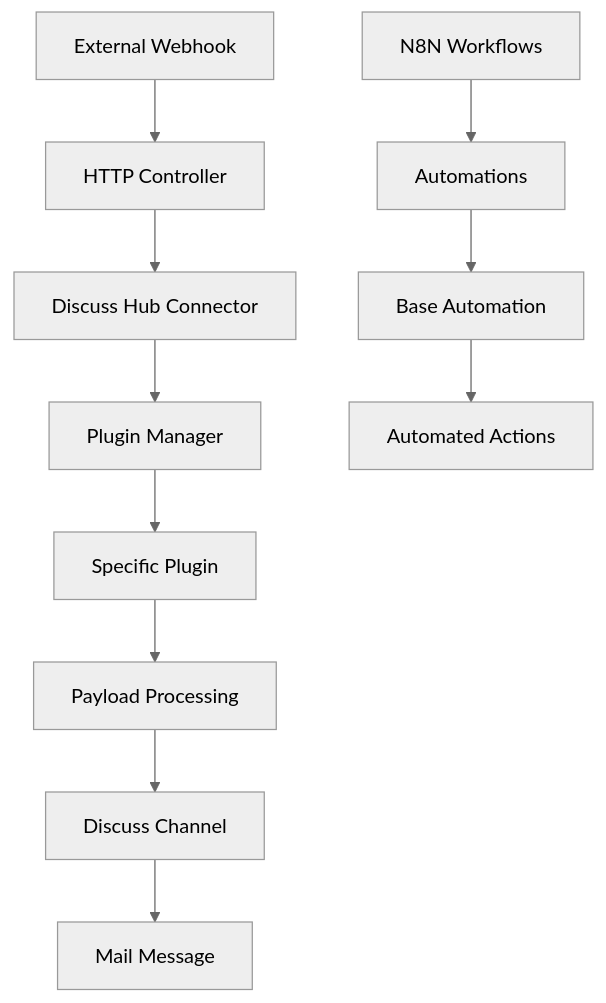
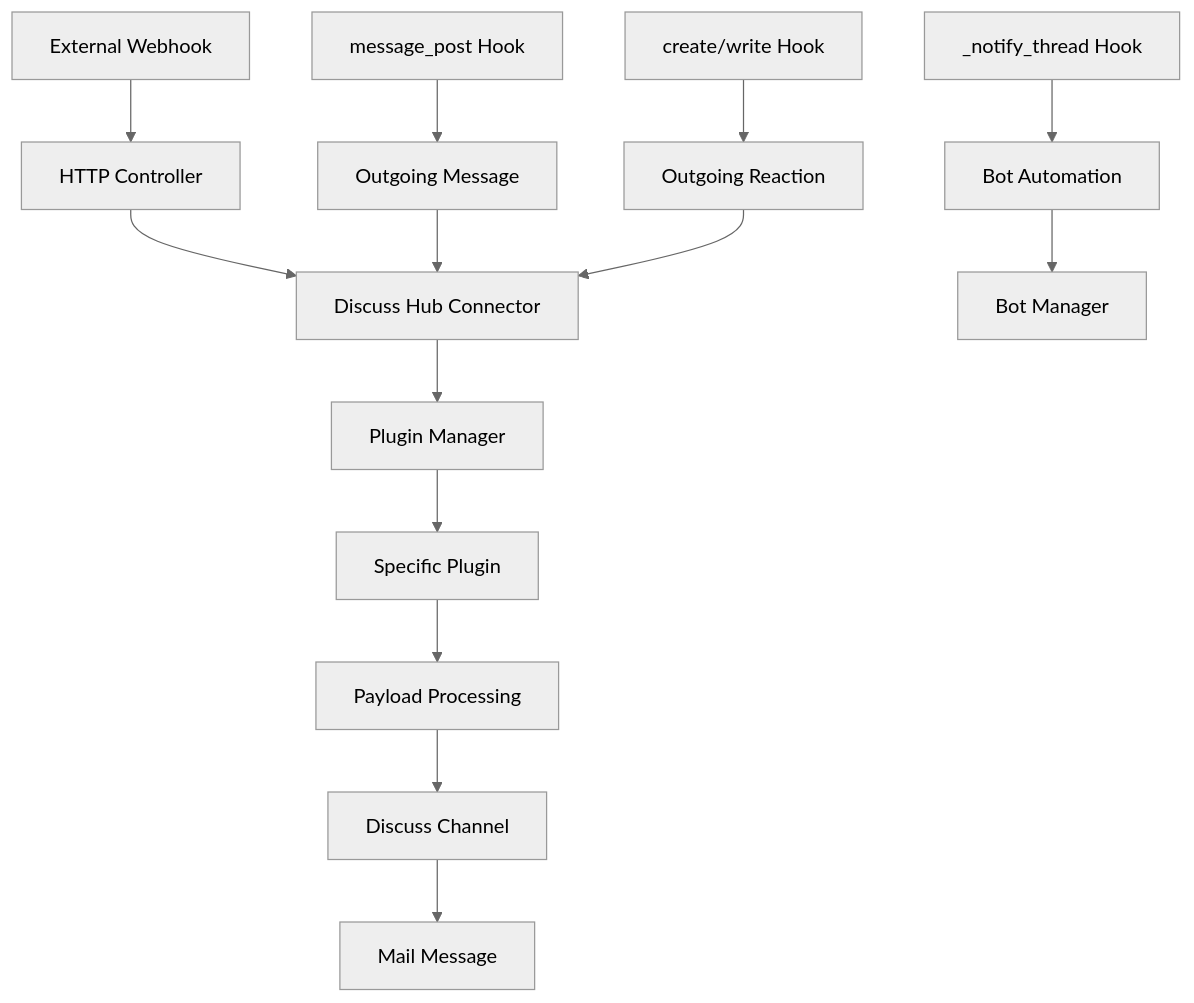
Before and after one commit to dudanogueira/evoodoo: the diagram in docs/en/README.md, drawn with Mermaid (neutral theme). The commit also changed other lines of this file and 26 other files, not shown here.

Commit message:
remove base automation dependency

````diff
--- a/docs/en/README.md
+++ b/docs/en/README.md
@@ -87,14 +105,19 @@
 ```mermaid
 graph TD
     A[External Webhook] --> B[HTTP Controller]
     B --> C[Discuss Hub Connector]
     C --> D[Plugin Manager]
     D --> E[Specific Plugin]
     E --> F[Payload Processing]
     F --> G[Discuss Channel]
     G --> H[Mail Message]
 
-    I[N8N Workflows] --> J[Automations]
-    J --> K[Base Automation]
-    K --> L[Automated Actions]
+    I[message_post Hook] --> J[Outgoing Message]
+    J --> C
+
+    K[_notify_thread Hook] --> L[Bot Automation]
+    L --> M[Bot Manager]
+
+    N[create/write Hook] --> O[Outgoing Reaction]
+    O --> C
 ```
````
